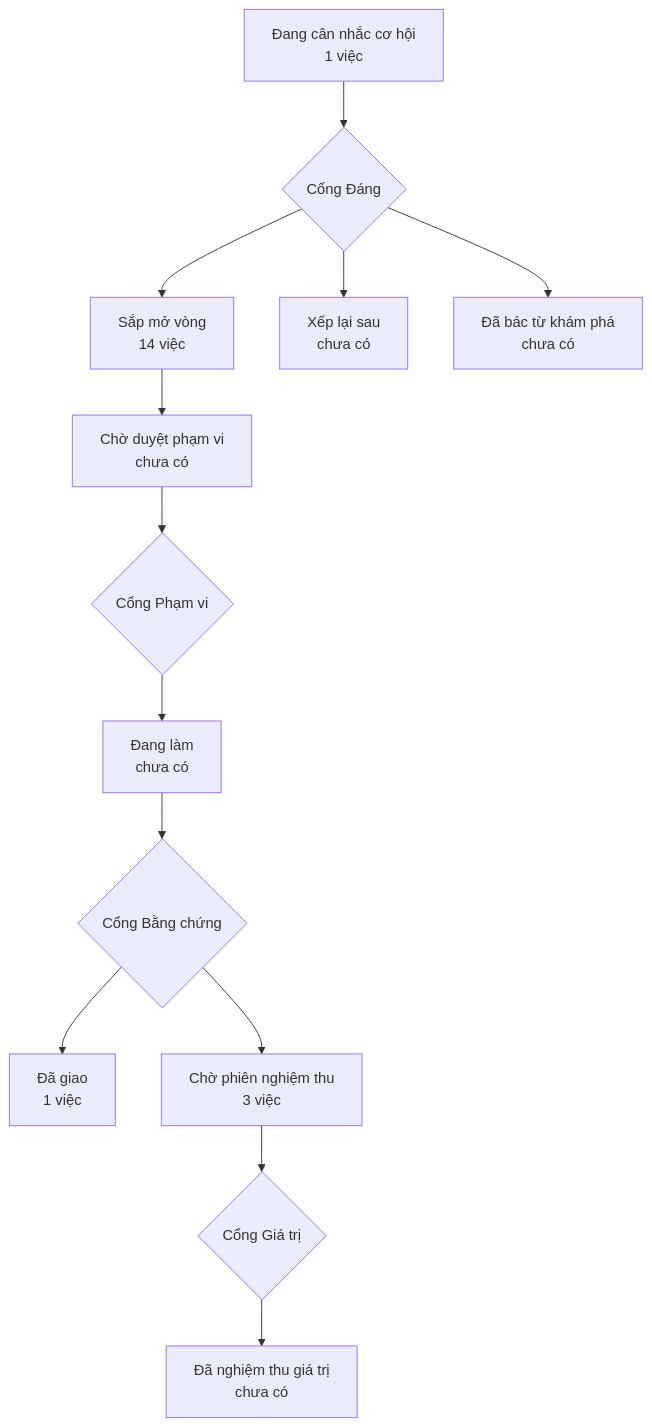
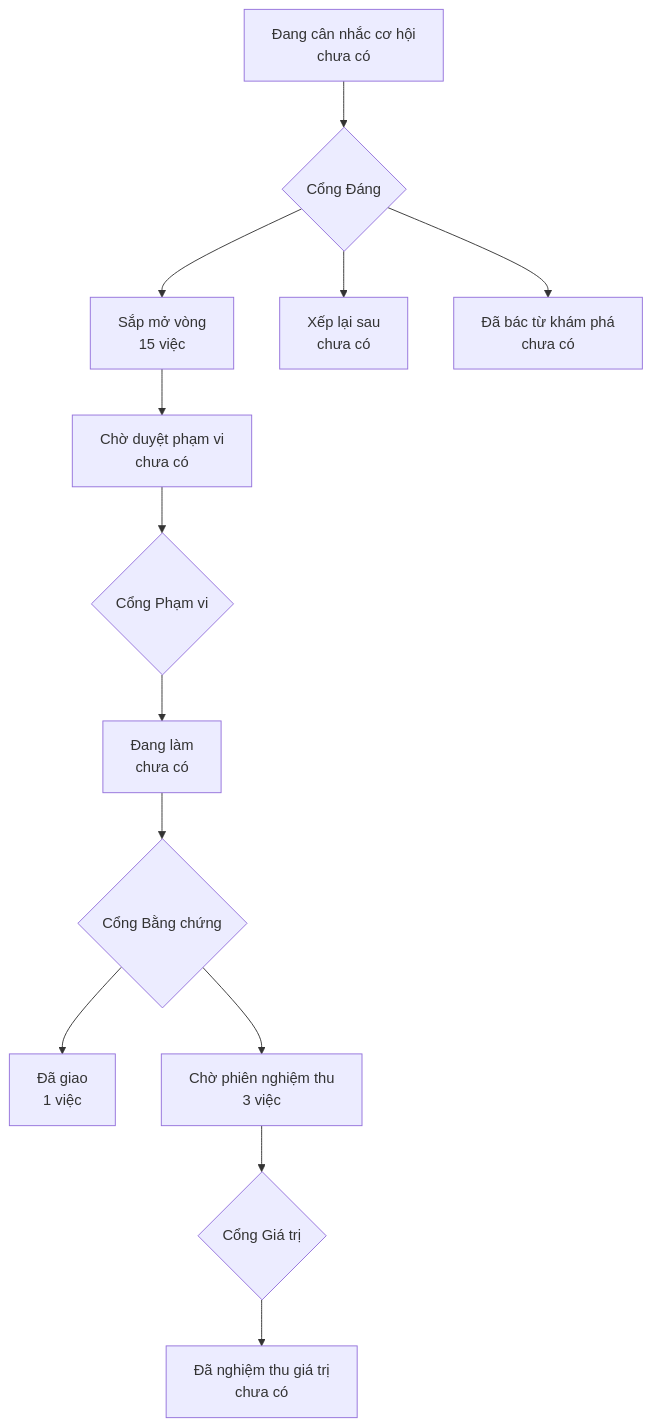
Before and after one commit to phanlemanh/onehub-inventory: the diagram in PRODUCT-MAP.md, drawn with Mermaid. The commit also changed other lines of this file and 2 other files, not shown here.

Commit message:
docs(plan): record the build decision for row 1k
Decided by Manh Phan at the worth gate on 2026-11-11.

````diff
--- a/PRODUCT-MAP.md
+++ b/PRODUCT-MAP.md
@@ -7,12 +7,12 @@
 ```mermaid
 flowchart TD
-  A["Đang cân nhắc cơ hội<br/>1 việc"] --> GD{"Cổng Đáng"}
-  GD --> B["Sắp mở vòng<br/>14 việc"]
+  A["Đang cân nhắc cơ hội<br/>chưa có"] --> GD{"Cổng Đáng"}
+  GD --> B["Sắp mở vòng<br/>15 việc"]
   GD --> XL["Xếp lại sau<br/>chưa có"]
   GD --> DB["Đã bác từ khám phá<br/>chưa có"]
   B --> CD["Chờ duyệt phạm vi<br/>chưa có"] --> GP{"Cổng Phạm vi"}
   GP --> DL["Đang làm<br/>chưa có"] --> GB{"Cổng Bằng chứng"}
   GB --> DG["Đã giao<br/>1 việc"]
   GB --> CN["Chờ phiên nghiệm thu<br/>3 việc"] --> GG{"Cổng Giá trị"}
   GG --> NT["Đã nghiệm thu giá trị<br/>chưa có"]
 ```
````
